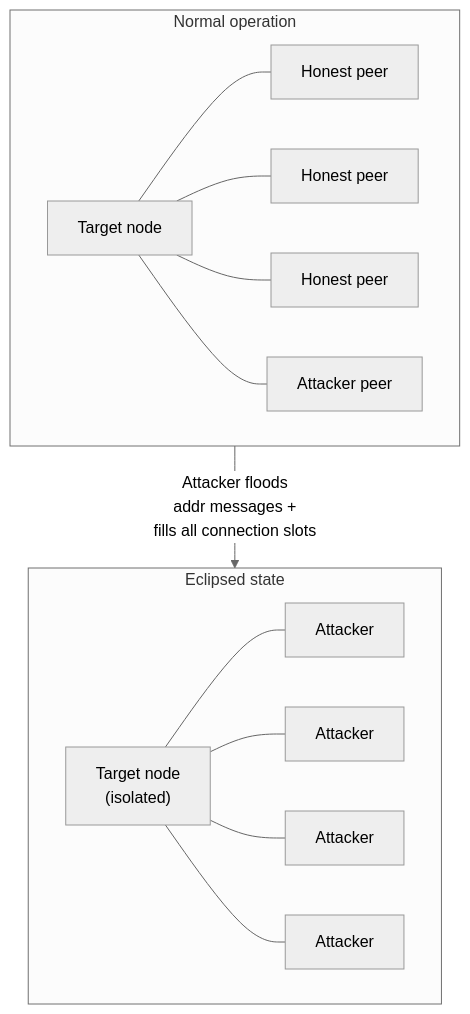
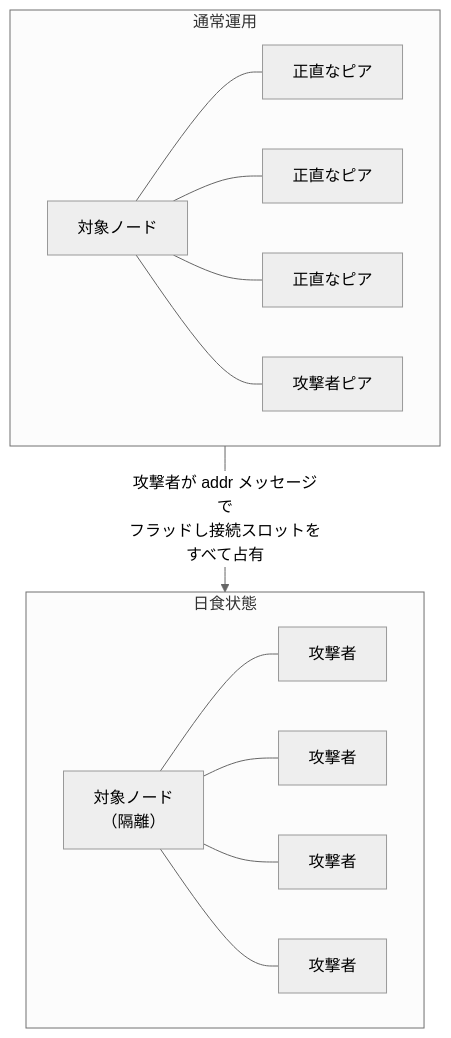
Before and after one commit to cypher256/BitcoinArchive: the third of 8 diagrams in src/data/translations/ja/design/2009-01-03-bitcoin-security-model.md, drawn with Mermaid (neutral theme). The commit also changed other lines of this file and 11 other files, not shown here.

````diff
--- a/src/data/translations/ja/design/2009-01-03-bitcoin-security-model.md
+++ b/src/data/translations/ja/design/2009-01-03-bitcoin-security-model.md
@@ -135,18 +135,18 @@
 ```mermaid
 flowchart TD
-    subgraph NORMAL["Normal operation"]
-        NODE_N["Target node"] --- HONEST1["Honest peer"]
-        NODE_N --- HONEST2["Honest peer"]
-        NODE_N --- HONEST3["Honest peer"]
-        NODE_N --- ATK_N["Attacker peer"]
+    subgraph NORMAL["通常運用"]
+        NODE_N["対象ノード"] --- HONEST1["正直なピア"]
+        NODE_N --- HONEST2["正直なピア"]
+        NODE_N --- HONEST3["正直なピア"]
+        NODE_N --- ATK_N["攻撃者ピア"]
     end
 
-    subgraph ECLIPSED["Eclipsed state"]
-        NODE_E["Target node\n(isolated)"] --- ATK1["Attacker"]
-        NODE_E --- ATK2["Attacker"]
-        NODE_E --- ATK3["Attacker"]
-        NODE_E --- ATK4["Attacker"]
+    subgraph ECLIPSED["日食状態"]
+        NODE_E["対象ノード\n（隔離）"] --- ATK1["攻撃者"]
+        NODE_E --- ATK2["攻撃者"]
+        NODE_E --- ATK3["攻撃者"]
+        NODE_E --- ATK4["攻撃者"]
     end
 
-    NORMAL --> |"Attacker floods\naddr messages +\nfills all connection slots"| ECLIPSED
+    NORMAL --> |"攻撃者が addr メッセージで\nフラッドし接続スロットを\nすべて占有"| ECLIPSED
 ```
````
